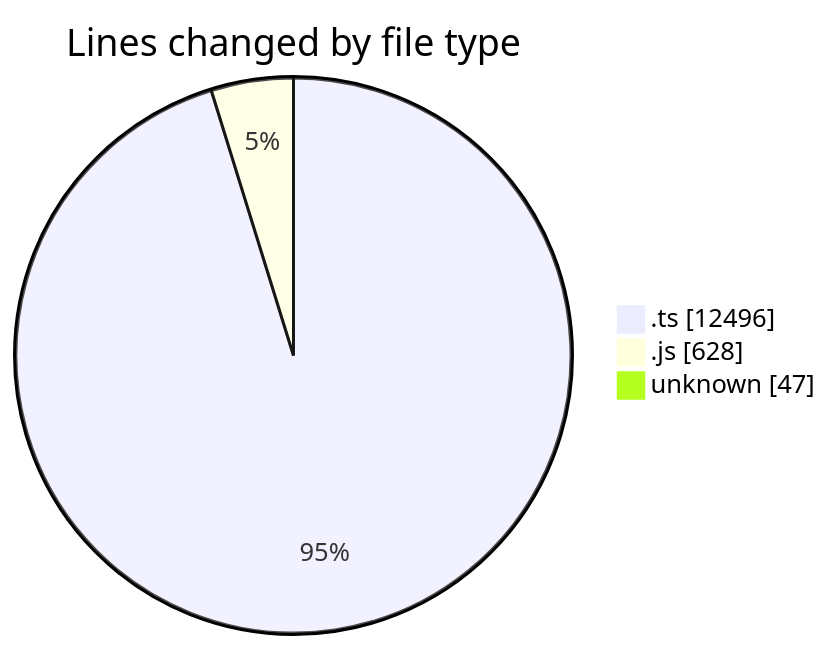
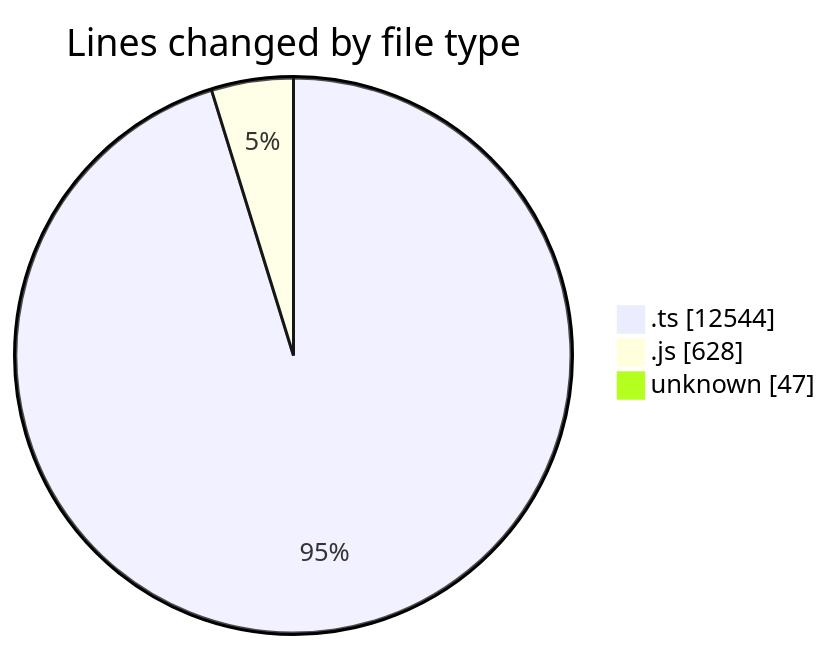
The first of 2 diagrams in 2025-09-05/cda/README.md (momahboobian/code-tracking), drawn with Mermaid before and after one commit. The commit also changed other lines of this file and 1 other file, not shown here.

````diff
--- a/2025-09-05/cda/README.md
+++ b/2025-09-05/cda/README.md
@@ -25,7 +25,7 @@
 ```mermaid
 pie showData
 title Lines changed by file type
-".ts" : 12496
+".ts" : 12544
 ".js" : 628
 "unknown" : 47
 ```
````
